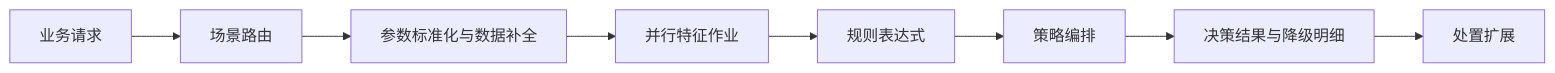
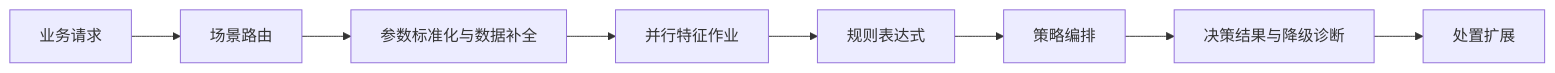
One commit to QuailOurs/SodaRiskEngine changed the diagram in README.md. Above: the diagram before and after it, drawn with Mermaid. The commit also changed other lines of this file and 2 other files, not shown here.

````diff
--- a/README.md
+++ b/README.md
@@ -31,10 +63,10 @@
 ```mermaid
 flowchart LR
     A[业务请求] --> B[场景路由]
     B --> C[参数标准化与数据补全]
     C --> D[并行特征作业]
     D --> E[规则表达式]
     E --> F[策略编排]
-    F --> G[决策结果与降级明细]
+    F --> G[决策结果与降级诊断]
     G --> H[处置扩展]
 ```
````
